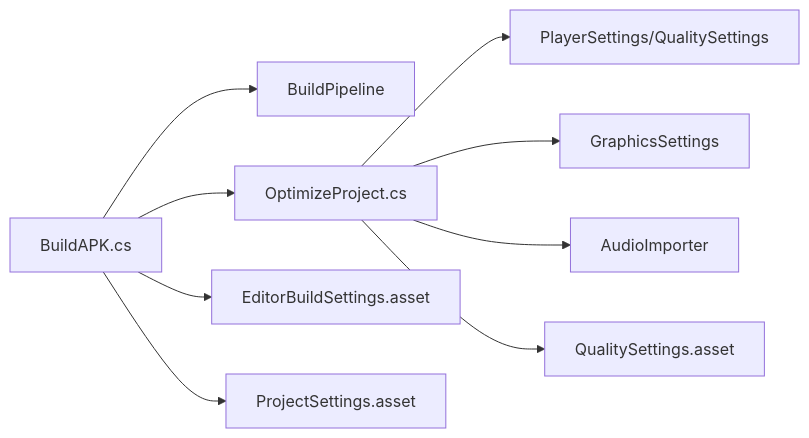
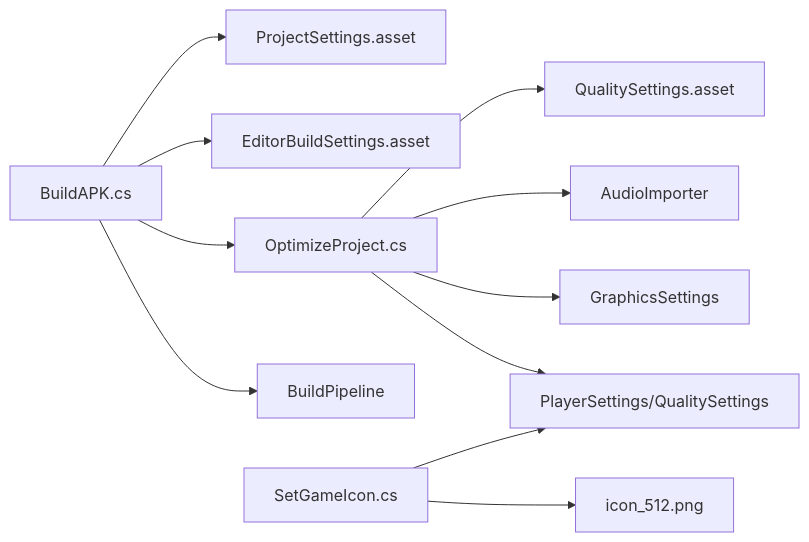
One commit to cpufreestyle/InkRidge changed the fifth of 5 diagrams in .qoder/repowiki/zh/content/部署构建.md. Above: the diagram before and after it, drawn with Mermaid. The commit also changed other lines of this file and 17 other files, not shown here.

````diff
--- a/.qoder/repowiki/zh/content/部署构建.md
+++ b/.qoder/repowiki/zh/content/部署构建.md
@@ -166,11 +219,13 @@
 ```mermaid
 graph LR
 BA["BuildAPK.cs"] --> BP["BuildPipeline"]
 BA --> OPS["OptimizeProject.cs"]
 OPS --> PS["PlayerSettings/QualitySettings"]
 OPS --> GS["GraphicsSettings"]
 OPS --> AS["AudioImporter"]
 BA --> ES["EditorBuildSettings.asset"]
 OPS --> QS["QualitySettings.asset"]
 BA --> PT["ProjectSettings.asset"]
+SG["SetGameIcon.cs"] --> IC["icon_512.png"]
+SG --> PS
 ```
````
